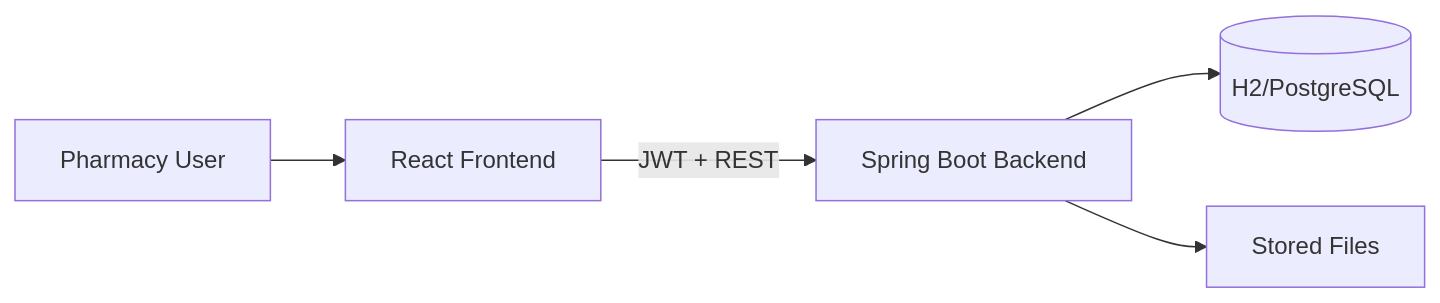
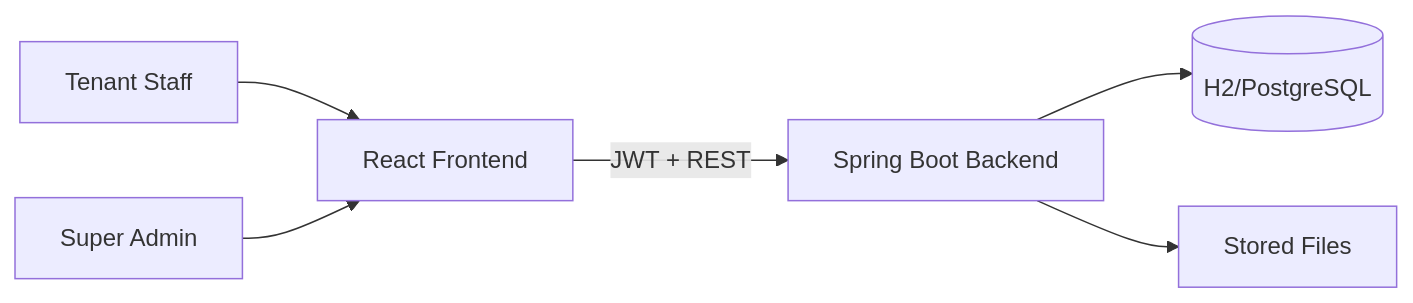
The first of 3 diagrams in README.md (kasunsk/pharmacy-inventory), drawn with Mermaid before and after one commit. The commit also changed other lines of this file and 10 other files, not shown here.

````diff
--- a/README.md
+++ b/README.md
@@ -52,7 +60,8 @@
 ```mermaid
 flowchart LR
-  U[Pharmacy User] --> FE[React Frontend]
+  U[Tenant Staff] --> FE[React Frontend]
+  SA[Super Admin] --> FE
   FE -->|JWT + REST| BE[Spring Boot Backend]
   BE --> DB[(H2/PostgreSQL)]
   BE --> FS[Stored Files]
 ```
````
